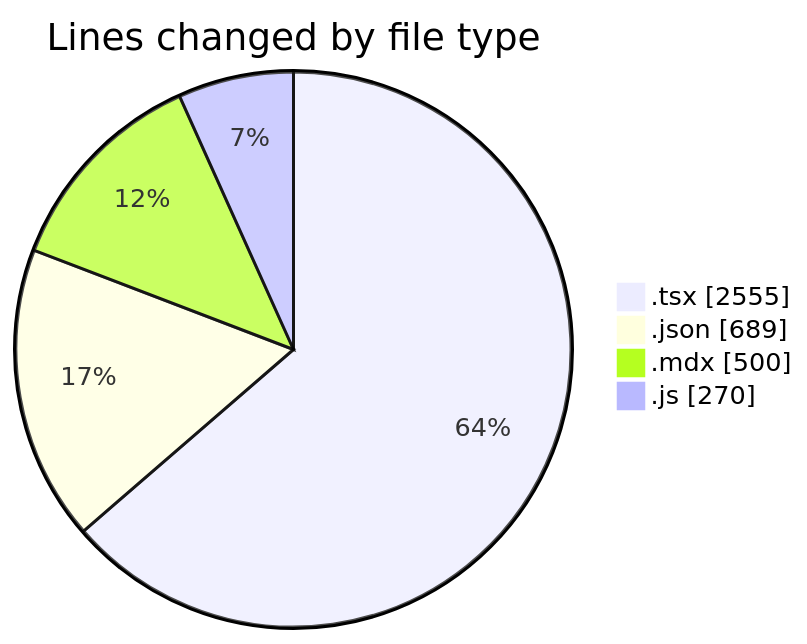
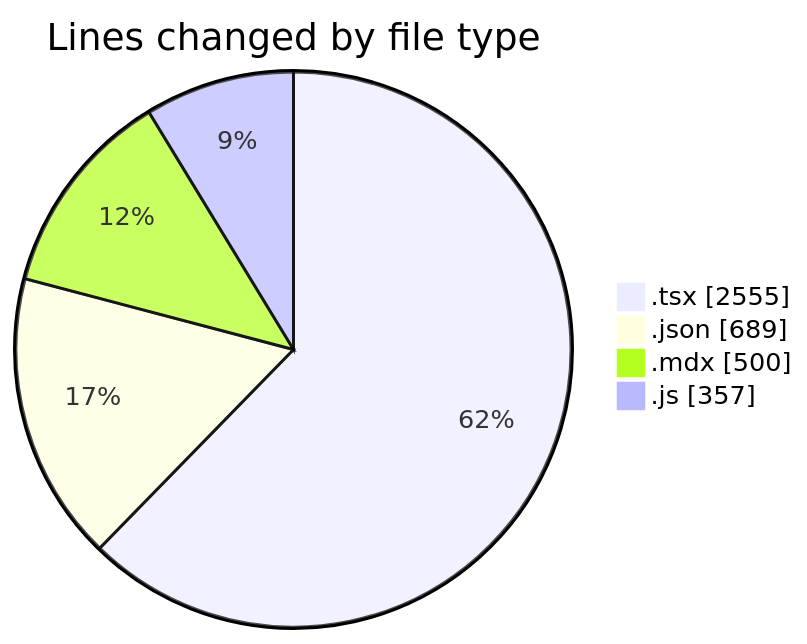
The first of 2 diagrams in 2026-01-12/cda/README.md (momahboobian/code-tracking), drawn with Mermaid before and after one commit. The commit also changed other lines of this file and 1 other file, not shown here.

````diff
--- a/2026-01-12/cda/README.md
+++ b/2026-01-12/cda/README.md
@@ -29,8 +30,8 @@
 ```mermaid
 pie showData
 title Lines changed by file type
 ".tsx" : 2555
 ".json" : 689
 ".mdx" : 500
-".js" : 270
+".js" : 357
 ```
````
